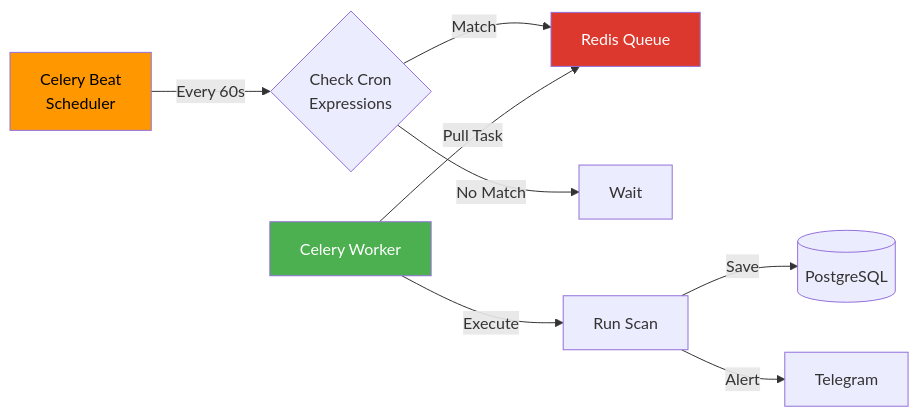
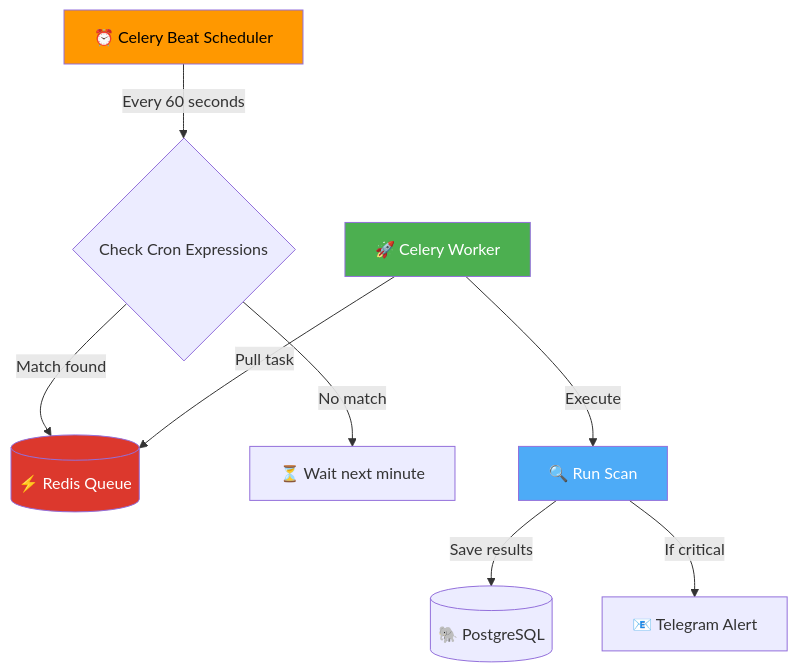
The sixth of 6 diagrams in README.md (Khan-Feroz211/MyCyber-Project), drawn with Mermaid before and after one commit. The commit also changed other lines of this file, not shown here.

Commit message:
docs: fix Data Flow and Scheduled Scan diagrams for GitHub rendering (remove HTML tags, use simple graph syntax)

````diff
--- a/README.md
+++ b/README.md
@@ -254,15 +246,16 @@
 ```mermaid
-graph LR
-    BEAT[Celery Beat<br/>Scheduler] -->|Every 60s| CHECK{Check Cron<br/>Expressions}
-    CHECK -->|Match| QUEUE[Redis Queue]
-    CHECK -->|No Match| WAIT[Wait]
+graph TD
+    BEAT[⏰ Celery Beat Scheduler] -->|Every 60 seconds| CHECK{Check Cron Expressions}
+    CHECK -->|Match found| QUEUE[(⚡ Redis Queue)]
+    CHECK -->|No match| WAIT[⏳ Wait next minute]
     
-    WORKER[Celery Worker] -->|Pull Task| QUEUE
-    WORKER -->|Execute| SCAN[Run Scan]
-    SCAN -->|Save| DB[(PostgreSQL)]
-    SCAN -->|Alert| TEL[Telegram]
+    WORKER[🚀 Celery Worker] -->|Pull task| QUEUE
+    WORKER -->|Execute| SCAN[🔍 Run Scan]
+    SCAN -->|Save results| DB[(🐘 PostgreSQL)]
+    SCAN -->|If critical| TEL[📧 Telegram Alert]
     
     style BEAT fill:#FF9800,color:#000
     style WORKER fill:#4CAF50,color:#fff
     style QUEUE fill:#DC382D,color:#fff
+    style SCAN fill:#4DABF7,color:#fff
 ```
````
